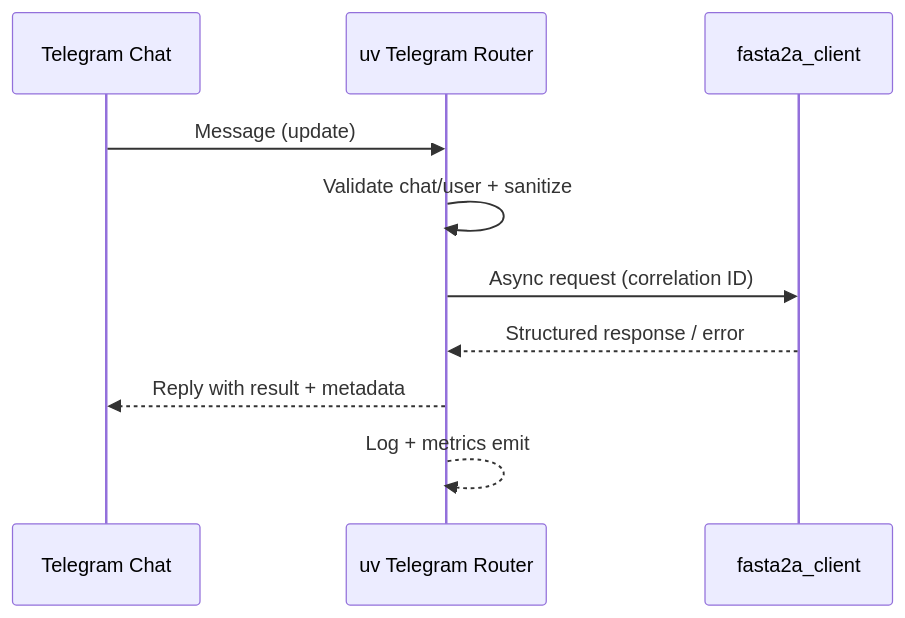
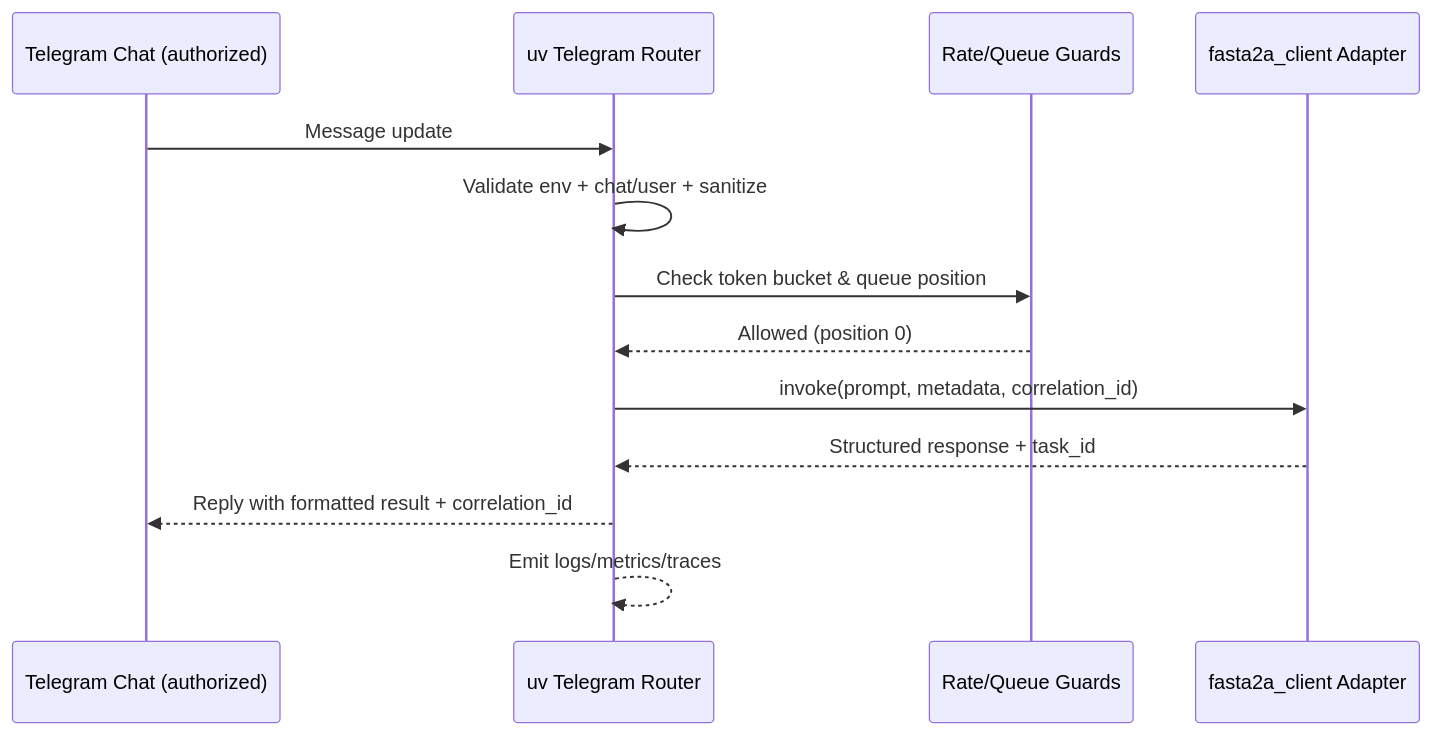
Before and after one commit to tbrandenburg/shai: the first of 2 diagrams in output/34/feature1_architecture.md, drawn with Mermaid. The commit also changed other lines of this file and 11 other files, not shown here.

````diff
--- a/output/34/feature1_architecture.md
+++ b/output/34/feature1_architecture.md
@@ -66,13 +80,16 @@
 ```mermaid
 sequenceDiagram
-    participant Chat as Telegram Chat
+    participant Chat as Telegram Chat (authorized)
     participant Bot as uv Telegram Router
-    participant A2A as fasta2a_client
+    participant Rate as Rate/Queue Guards
+    participant A2A as fasta2a_client Adapter
 
-    Chat->>Bot: Message (update)
-    Bot->>Bot: Validate chat/user + sanitize
-    Bot->>A2A: Async request (correlation ID)
-    A2A-->>Bot: Structured response / error
-    Bot-->>Chat: Reply with result + metadata
-    Bot-->>Bot: Log + metrics emit
+    Chat->>Bot: Message update
+    Bot->>Bot: Validate env + chat/user + sanitize
+    Bot->>Rate: Check token bucket & queue position
+    Rate-->>Bot: Allowed (position 0)
+    Bot->>A2A: invoke(prompt, metadata, correlation_id)
+    A2A-->>Bot: Structured response + task_id
+    Bot-->>Chat: Reply with formatted result + correlation_id
+    Bot-->>Bot: Emit logs/metrics/traces
 ```
````
